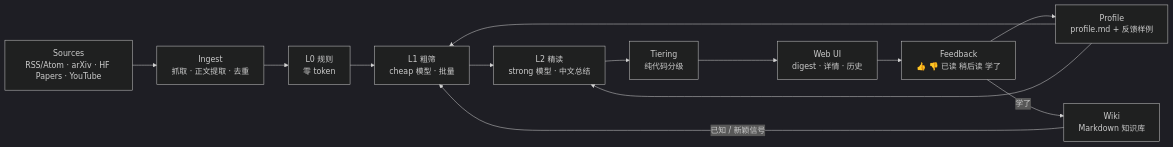
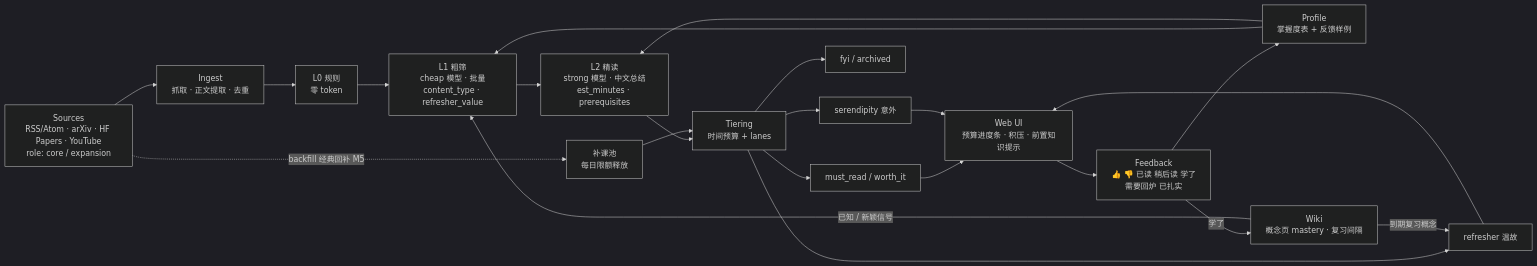
Before and after one commit to chai-yinfeng/2ndBrain: the diagram in docs/design.md, drawn with Mermaid (dark theme). The commit also changed other lines of this file and 7 other files, not shown here.

First line of the commit message:
docs: add refresher lane, daily time budget and seed sources (#1)

````diff
--- a/docs/design.md
+++ b/docs/design.md
@@ -11,15 +11,24 @@
 ```mermaid
 flowchart LR
-    S[Sources<br/>RSS/Atom · arXiv · HF Papers · YouTube] --> I[Ingest<br/>抓取 · 正文提取 · 去重]
+    S[Sources<br/>RSS/Atom · arXiv · HF Papers · YouTube<br/>role: core / expansion] --> I[Ingest<br/>抓取 · 正文提取 · 去重]
+    S -. backfill 经典回补 M5 .-> BF[补课池<br/>每日限额释放]
     I --> L0[L0 规则<br/>零 token]
-    L0 --> L1[L1 粗筛<br/>cheap 模型 · 批量]
-    L1 --> L2[L2 精读<br/>strong 模型 · 中文总结]
-    L2 --> T[Tiering<br/>纯代码分级]
-    T --> W[Web UI<br/>digest · 详情 · 历史]
-    W --> F[Feedback<br/>👍 👎 已读 稍后读 学了]
-    F --> P[Profile<br/>profile.md + 反馈样例]
+    L0 --> L1[L1 粗筛<br/>cheap 模型 · 批量<br/>content_type · refresher_value]
+    L1 --> L2[L2 精读<br/>strong 模型 · 中文总结<br/>est_minutes · prerequisites]
+    L2 --> T[Tiering<br/>时间预算 + lanes]
+    BF --> T
+    T --> MR[must_read / worth_it]
+    T --> RF[refresher 温故]
+    T --> SE[serendipity 意外]
+    T --> FY[fyi / archived]
+    MR --> W[Web UI<br/>预算进度条 · 积压 · 前置知识提示]
+    RF --> W
+    SE --> W
+    W --> F[Feedback<br/>👍 👎 已读 稍后读 学了<br/>需要回炉 已扎实]
+    F --> P[Profile<br/>掌握度表 + 反馈样例]
     P --> L1
     P --> L2
-    F -- 学了 --> K[Wiki<br/>Markdown 知识库]
+    F -- 学了 --> K[Wiki<br/>概念页 mastery · 复习间隔]
     K -- 已知 / 新颖信号 --> L1
+    K -- 到期复习概念 --> RF
 ```
````
